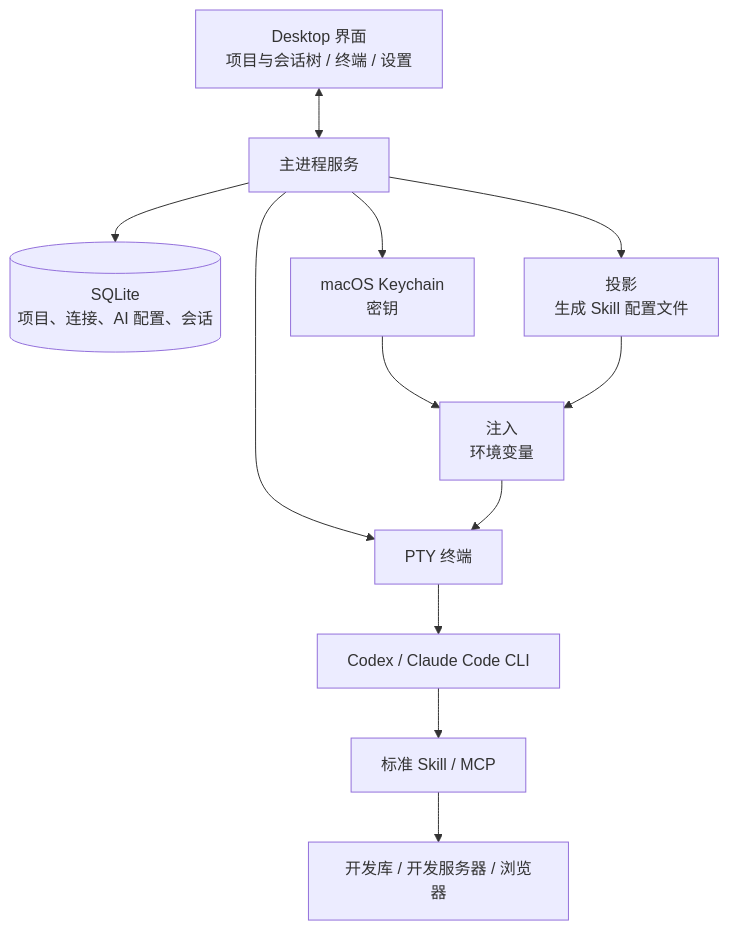
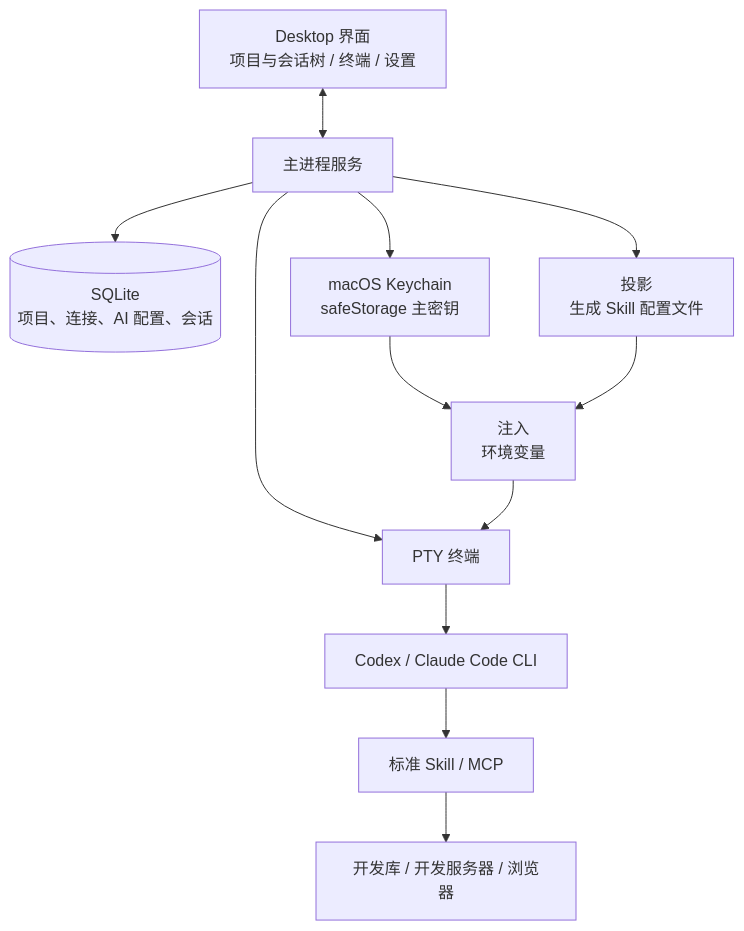
One commit to uprxiao/SmartDD changed the diagram in docs/SmartDD_V0.2_PRD.md. Above: the diagram before and after it, drawn with Mermaid. The commit also changed other lines of this file and 1 other file, not shown here.

Commit message:
docs: 密钥存储确认采用 safeStorage，同步 PRD F09 及相关表述

````diff
--- a/docs/SmartDD_V0.2_PRD.md
+++ b/docs/SmartDD_V0.2_PRD.md
@@ -150,14 +151,14 @@
 ```mermaid
 flowchart TD
     UI[Desktop 界面<br/>项目与会话树 / 终端 / 设置] <--> M[主进程服务]
     M --> DB[(SQLite<br/>项目、连接、AI 配置、会话)]
-    M --> KC[macOS Keychain<br/>密钥]
+    M --> KC[macOS Keychain<br/>safeStorage 主密钥]
     M --> PJ[投影<br/>生成 Skill 配置文件]
     M --> PTY[PTY 终端]
     KC --> INJ[注入<br/>环境变量]
     PJ --> INJ
     INJ --> PTY
     PTY --> CLI[Codex / Claude Code CLI]
     CLI --> SK[标准 Skill / MCP]
     SK --> RES[开发库 / 开发服务器 / 浏览器]
 ```
````
